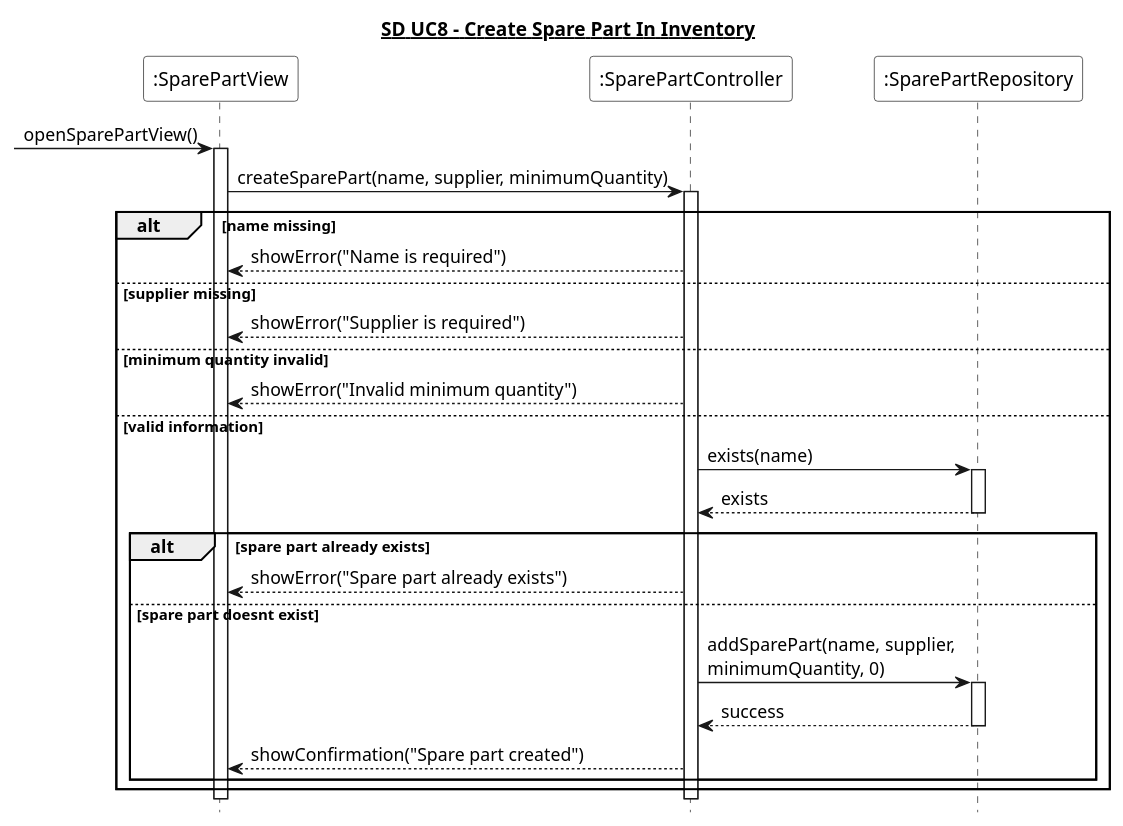
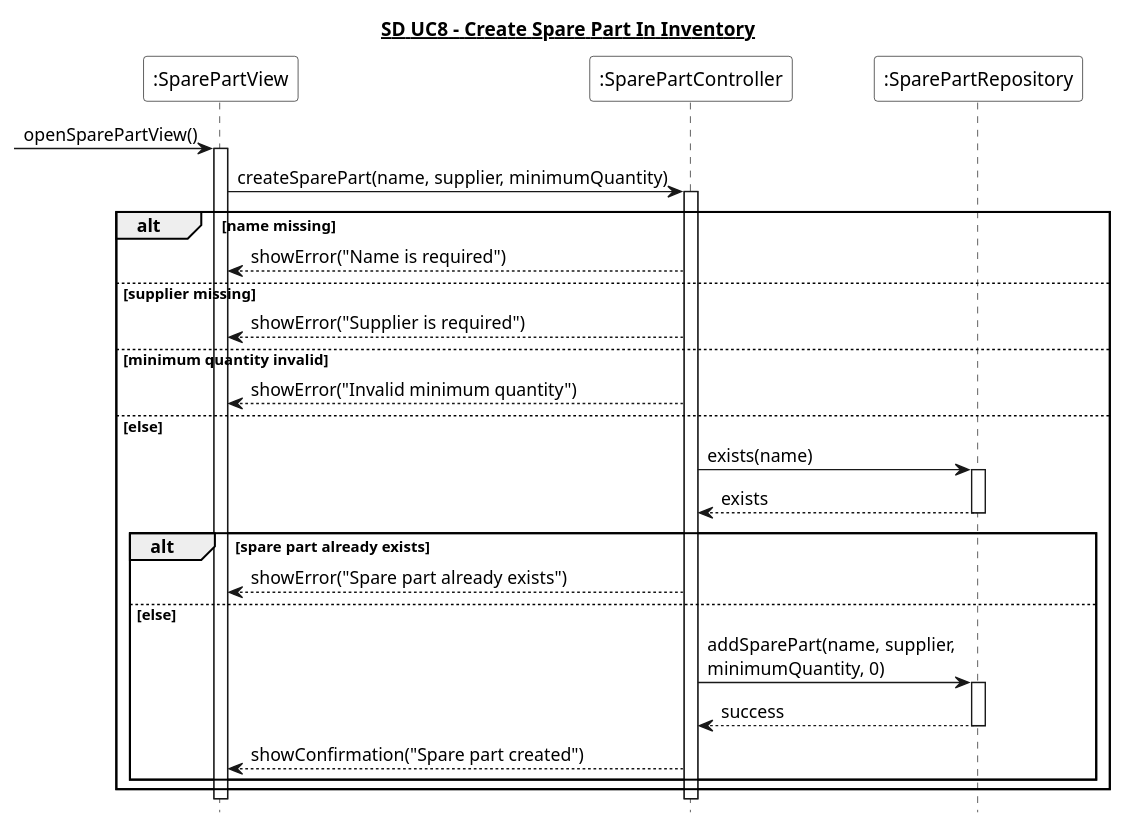
Before and after one commit to Zoabz/Getting-Real: the diagram in 6. Sekvens Diagrammer/UC8_opret_reservedel.puml, drawn with PlantUML. The commit also changed 7 other files, not shown here.

```diff
--- a/6. Sekvens Diagrammer/UC8_opret_reservedel.puml
+++ b/6. Sekvens Diagrammer/UC8_opret_reservedel.puml
@@ -1,46 +1,46 @@
 @startuml
 hide footbox
 title <U>SD UC8 - Create Spare Part In Inventory</U>
 
 participant ":SparePartView" as View #White
 participant ":SparePartController" as Controller #White
 participant ":SparePartRepository" as Repository #White
 
 [-> View : openSparePartView()
 activate View
 
 View -> Controller : createSparePart(name, supplier, minimumQuantity)
 activate Controller
 
 alt name missing
     Controller --> View : showError("Name is required")
 
 else supplier missing
     Controller --> View : showError("Supplier is required")
 
 else minimum quantity invalid
     Controller --> View : showError("Invalid minimum quantity")
 
-else valid information
+else else
     Controller -> Repository : exists(name)
     activate Repository
     Repository --> Controller : exists
     deactivate Repository
 
     alt spare part already exists
         Controller --> View : showError("Spare part already exists")
 
-    else spare part doesnt exist 
+    else else
         Controller -> Repository : addSparePart(name, supplier,\nminimumQuantity, 0)
         activate Repository
         Repository --> Controller : success
         deactivate Repository
 
         Controller --> View : showConfirmation("Spare part created")
     end
 end
 
 deactivate Controller
 deactivate View
 
 @enduml
```
